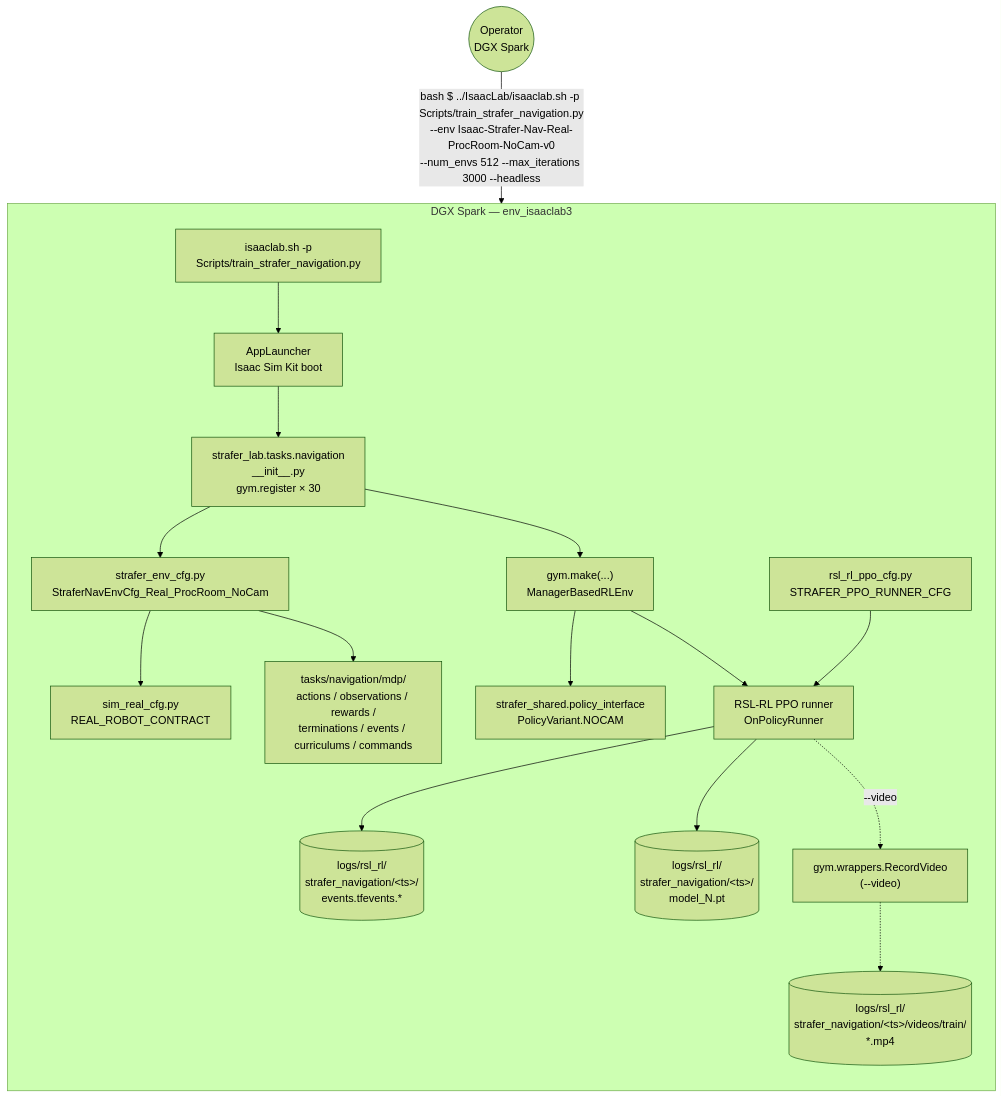
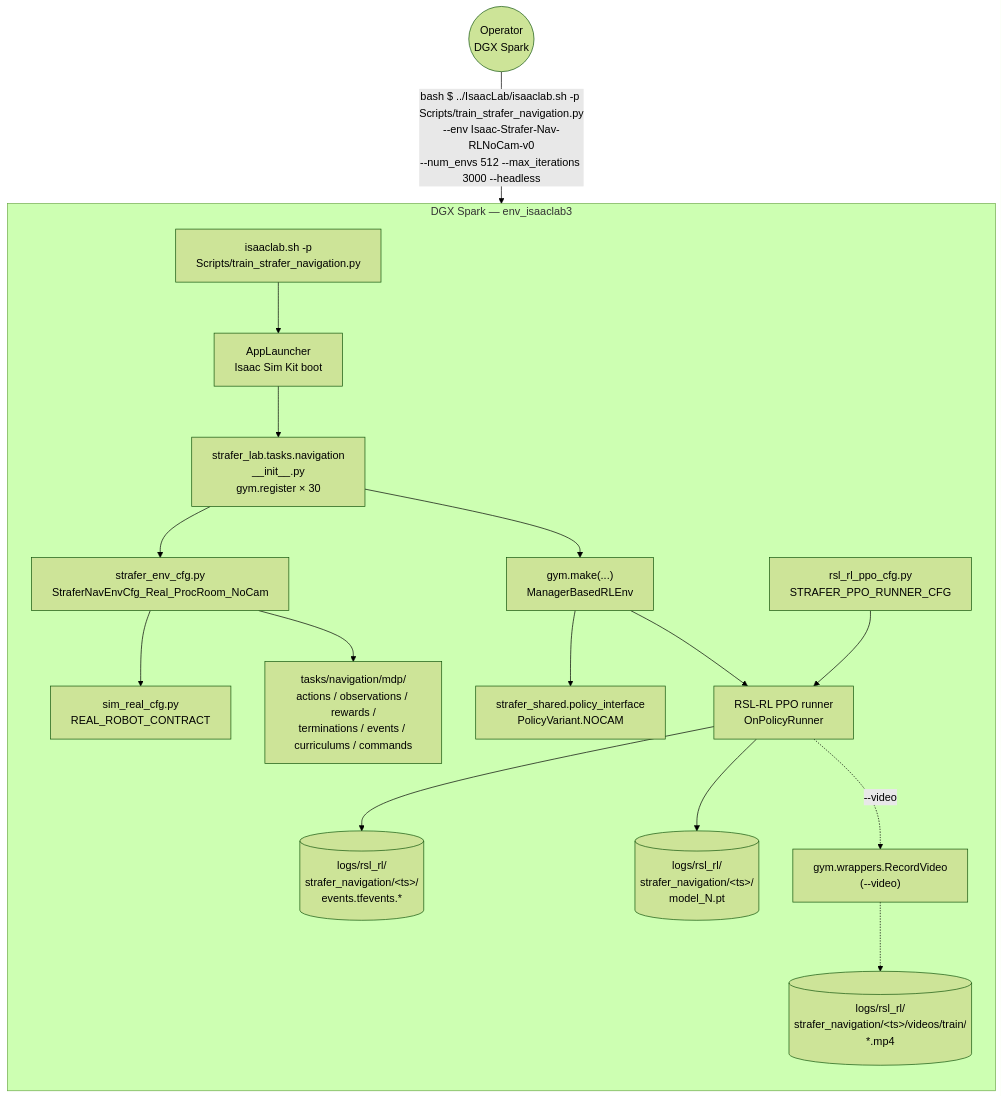
The third of 7 diagrams in docs/SYSTEM_FLOW_DIAGRAMS.md (zachoines/Sim2RealLab), drawn with Mermaid (forest theme) before and after one commit. The commit also changed other lines of this file and 41 other files, not shown here.

First line of the commit message:
feat(strafer_lab): clean-break cutover to composed gym-ID scheme

````diff
--- a/docs/SYSTEM_FLOW_DIAGRAMS.md
+++ b/docs/SYSTEM_FLOW_DIAGRAMS.md
@@ -215,54 +215,54 @@
 ```mermaid
 flowchart TB
     Operator((Operator<br/>DGX Spark))
 
     subgraph DGX["DGX Spark — env_isaaclab3"]
         direction TB
 
         Launcher["isaaclab.sh -p<br/>Scripts/train_strafer_navigation.py"]
         AppLauncher["AppLauncher<br/>Isaac Sim Kit boot"]
 
         TasksInit["strafer_lab.tasks.navigation<br/>__init__.py<br/>gym.register × 30"]
         EnvCfg["strafer_env_cfg.py<br/>StraferNavEnvCfg_Real_ProcRoom_NoCam"]
         SimRealCfg["sim_real_cfg.py<br/>REAL_ROBOT_CONTRACT"]
         MDP["tasks/navigation/mdp/<br/>actions / observations / rewards /<br/>terminations / events / curriculums / commands"]
 
         GymEnv["gym.make(...)<br/>ManagerBasedRLEnv"]
         PolicyInterface["strafer_shared.policy_interface<br/>PolicyVariant.NOCAM"]
 
         PPO["RSL-RL PPO runner<br/>OnPolicyRunner"]
         RunnerCfg["rsl_rl_ppo_cfg.py<br/>STRAFER_PPO_RUNNER_CFG"]
 
         VideoRec["gym.wrappers.RecordVideo<br/>(--video)"]
 
         Tensorboard[("logs/rsl_rl/<br/>strafer_navigation/&lt;ts&gt;/<br/>events.tfevents.*")]
         Checkpoint[("logs/rsl_rl/<br/>strafer_navigation/&lt;ts&gt;/<br/>model_N.pt")]
         Videos[("logs/rsl_rl/<br/>strafer_navigation/&lt;ts&gt;/videos/train/<br/>*.mp4")]
     end
 
-    Operator -->|bash $ ../IsaacLab/isaaclab.sh -p Scripts/train_strafer_navigation.py<br/>--env Isaac-Strafer-Nav-Real-ProcRoom-NoCam-v0<br/>--num_envs 512 --max_iterations 3000 --headless| Launcher
+    Operator -->|bash $ ../IsaacLab/isaaclab.sh -p Scripts/train_strafer_navigation.py<br/>--env Isaac-Strafer-Nav-RLNoCam-v0<br/>--num_envs 512 --max_iterations 3000 --headless| Launcher
 
     Launcher --> AppLauncher
     AppLauncher --> TasksInit
     TasksInit --> EnvCfg
     EnvCfg --> SimRealCfg
     EnvCfg --> MDP
     TasksInit --> GymEnv
     GymEnv --> PolicyInterface
 
     RunnerCfg --> PPO
     GymEnv --> PPO
     PPO --> Tensorboard
     PPO --> Checkpoint
 
     PPO -.->|--video| VideoRec
     VideoRec -.-> Videos
 
     click Launcher "../Scripts/train_strafer_navigation.py" "Training wrapper (RSL-RL / aux losses / video)"
     click TasksInit "../source/strafer_lab/strafer_lab/tasks/navigation" "30 registered gym environments"
     click EnvCfg "../source/strafer_lab/strafer_lab/tasks/navigation" "Env configs per realism × sensor"
     click SimRealCfg "../source/strafer_lab/strafer_lab/tasks/navigation" "Ideal / Realistic / Robust presets"
     click MDP "../source/strafer_lab/strafer_lab/tasks/navigation" "MDP components"
     click PolicyInterface "../source/strafer_shared/strafer_shared/policy_interface.py" "Shared obs / action contract"
     click RunnerCfg "../source/strafer_lab/strafer_lab/tasks/navigation/agents" "PPO runner cfgs"
 ```
````
